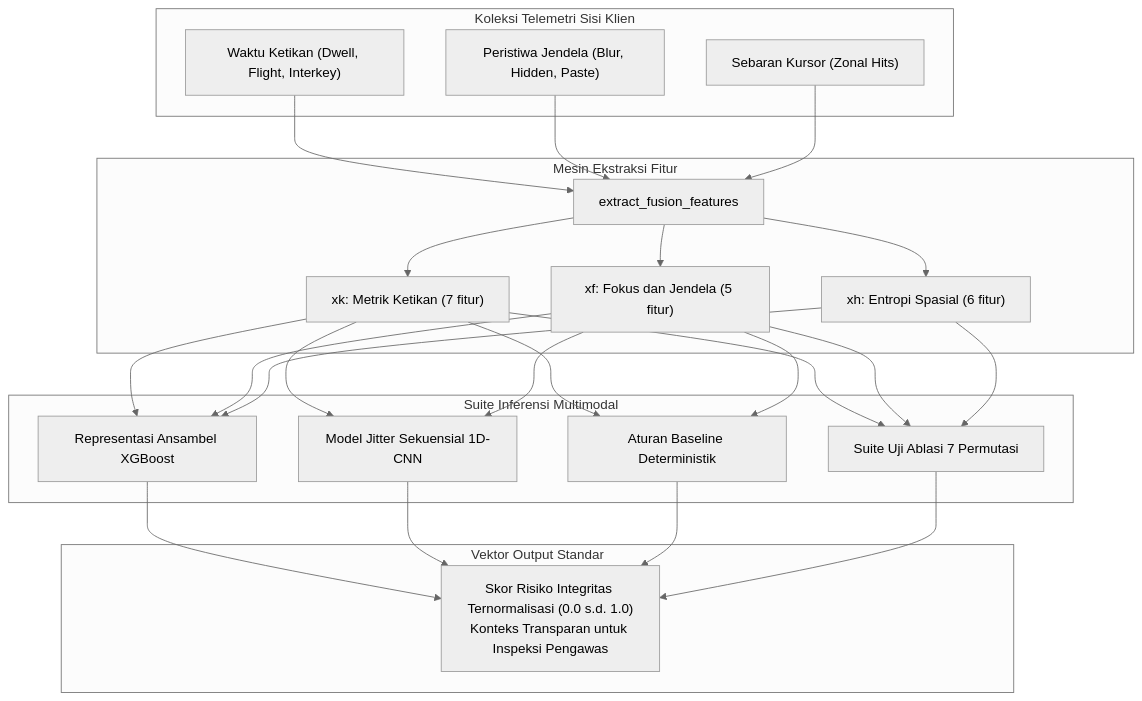
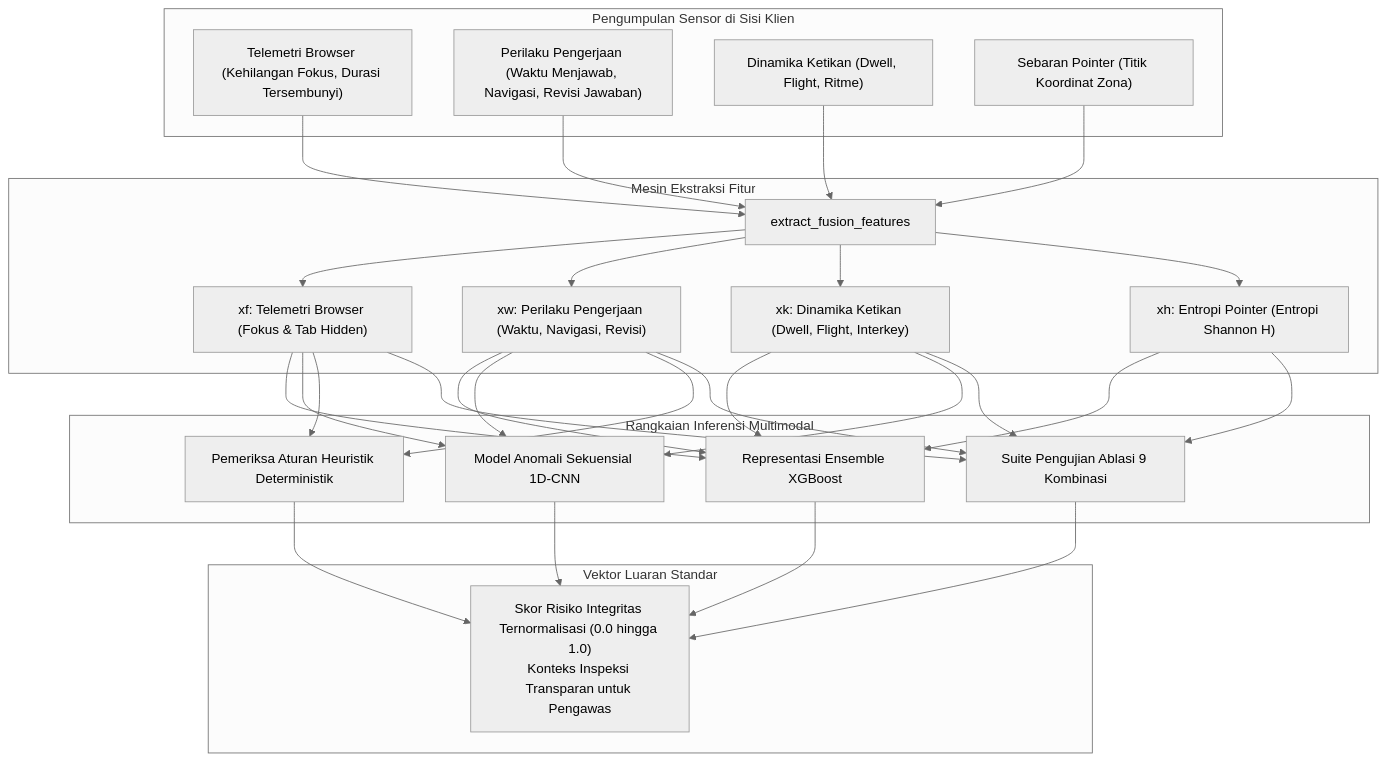
One commit to firdausmntp/proctor_telemetry changed the diagram in README.id.md. Above: the diagram before and after it, drawn with Mermaid (neutral theme). The commit also changed other lines of this file and 9 other files, not shown here.

Commit message:
feat(telemetry): multimodal work behavior fusion engine v0.2.0 and non-ai-slop architectural logo

````diff
--- a/README.id.md
+++ b/README.id.md
@@ -51,47 +53,54 @@
 ```mermaid
 flowchart TD
-    subgraph Client ["Koleksi Telemetri Sisi Klien"]
-        A1["Waktu Ketikan (Dwell, Flight, Interkey)"]
-        A2["Peristiwa Jendela (Blur, Hidden, Paste)"]
-        A3["Sebaran Kursor (Zonal Hits)"]
+    subgraph Client ["Pengumpulan Sensor di Sisi Klien"]
+        A1["Telemetri Browser (Kehilangan Fokus, Durasi Tersembunyi)"]
+        A2["Perilaku Pengerjaan (Waktu Menjawab, Navigasi, Revisi Jawaban)"]
+        A3["Dinamika Ketikan (Dwell, Flight, Ritme)"]
+        A4["Sebaran Pointer (Titik Koordinat Zona)"]
     end
 
     subgraph Extraction ["Mesin Ekstraksi Fitur"]
         B["extract_fusion_features"]
-        C1["xk: Metrik Ketikan (7 fitur)"]
-        C2["xf: Fokus dan Jendela (5 fitur)"]
-        C3["xh: Entropi Spasial (6 fitur)"]
+        C1["xf: Telemetri Browser (Fokus & Tab Hidden)"]
+        C2["xw: Perilaku Pengerjaan (Waktu, Navigasi, Revisi)"]
+        C3["xk: Dinamika Ketikan (Dwell, Flight, Interkey)"]
+        C4["xh: Entropi Pointer (Entropi Shannon H)"]
     end
 
-    subgraph Models ["Suite Inferensi Multimodal"]
-        D1["Representasi Ansambel XGBoost"]
-        D2["Model Jitter Sekuensial 1D-CNN"]
-        D3["Aturan Baseline Deterministik"]
-        D4["Suite Uji Ablasi 7 Permutasi"]
+    subgraph Models ["Rangkaian Inferensi Multimodal"]
+        D1["Representasi Ensemble XGBoost"]
+        D2["Model Anomali Sekuensial 1D-CNN"]
+        D3["Pemeriksa Aturan Heuristik Deterministik"]
+        D4["Suite Pengujian Ablasi 9 Kombinasi"]
     end
 
-    subgraph Output ["Vektor Output Standar"]
-        E["Skor Risiko Integritas Ternormalisasi (0.0 s.d. 1.0)<br/>Konteks Transparan untuk Inspeksi Pengawas"]
+    subgraph Output ["Vektor Luaran Standar"]
+        E["Skor Risiko Integritas Ternormalisasi (0.0 hingga 1.0)<br/>Konteks Inspeksi Transparan untuk Pengawas"]
     end
 
     A1 --> B
     A2 --> B
     A3 --> B
+    A4 --> B
     B --> C1
     B --> C2
     B --> C3
+    B --> C4
     C1 --> D1
     C2 --> D1
     C3 --> D1
+    C4 --> D1
     C1 --> D2
     C2 --> D2
+    C3 --> D2
     C1 --> D3
     C2 --> D3
     C1 --> D4
     C2 --> D4
     C3 --> D4
+    C4 --> D4
     D1 --> E
     D2 --> E
     D3 --> E
     D4 --> E
 ```
````
